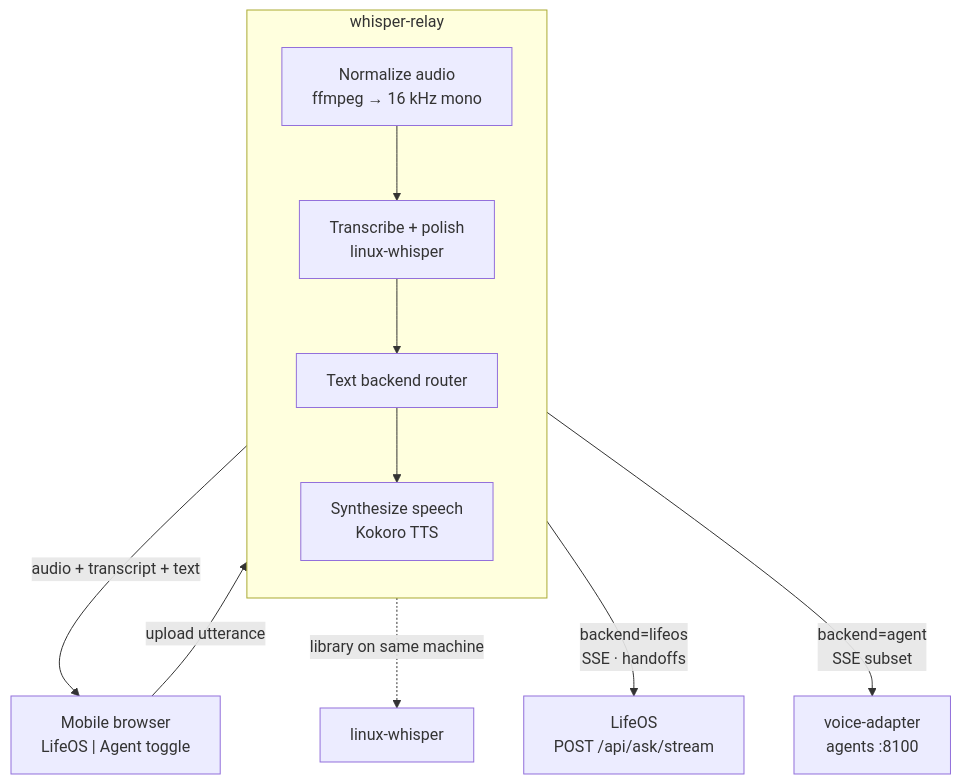
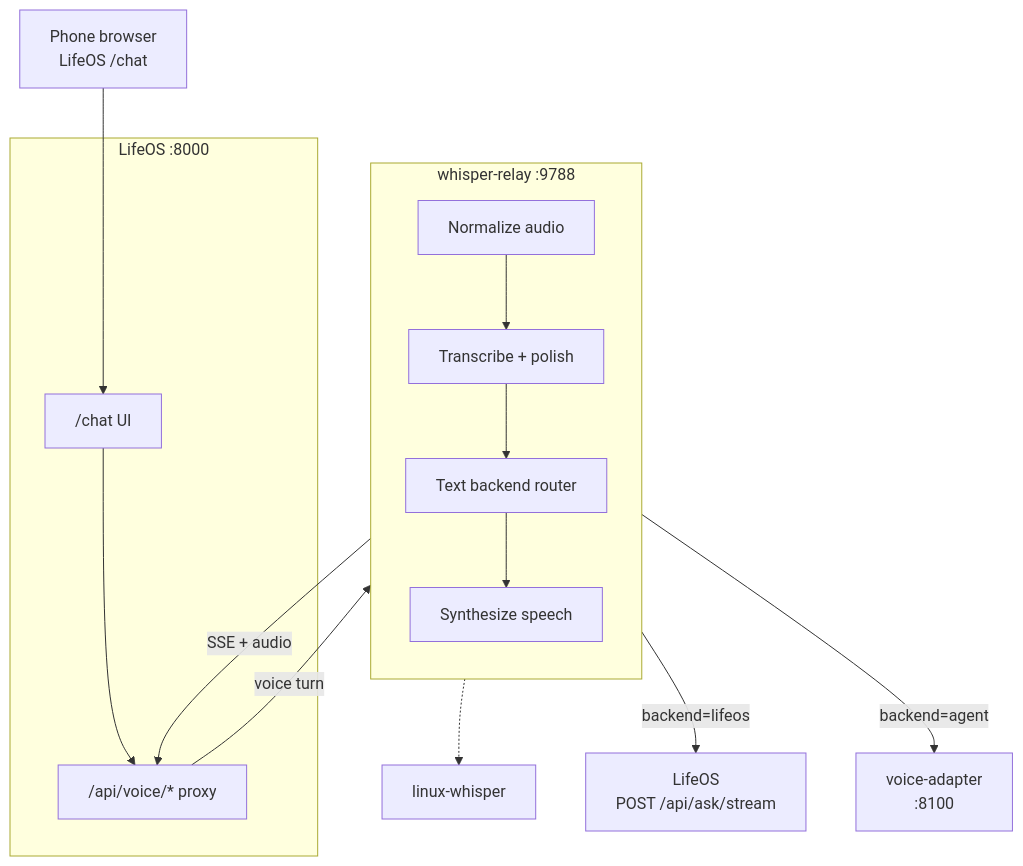
Before and after one commit to nbramia/whisper-relay: the diagram in README.md, drawn with Mermaid. The commit also changed other lines of this file and 21 other files, not shown here.

First line of the commit message:
refactor: static cutover — API-only gateway, redirect to LifeOS /chat

````diff
--- a/README.md
+++ b/README.md
@@ -19,23 +19,30 @@
 ```mermaid
 flowchart TB
-  phone["Mobile browser<br/>LifeOS | Agent toggle"]
+  phone["Phone browser<br/>LifeOS /chat"]
 
-  subgraph relay["whisper-relay"]
+  subgraph lifeos["LifeOS :8000"]
+    chat["/chat UI"]
+    proxy["/api/voice/* proxy"]
+    chat --> proxy
+  end
+
+  subgraph relay["whisper-relay :9788"]
     direction TB
-    norm["Normalize audio<br/>ffmpeg → 16 kHz mono"]
-    stt["Transcribe + polish<br/>linux-whisper"]
+    norm["Normalize audio"]
+    stt["Transcribe + polish"]
     router["Text backend router"]
-    tts["Synthesize speech<br/>Kokoro TTS"]
+    tts["Synthesize speech"]
     norm --> stt --> router --> tts
   end
 
   lw["linux-whisper"]
-  lifeos["LifeOS<br/>POST /api/ask/stream"]
-  agent["voice-adapter<br/>agents :8100"]
+  orch["LifeOS<br/>POST /api/ask/stream"]
+  agent["voice-adapter<br/>:8100"]
 
-  phone -->|"upload utterance"| norm
-  tts -->|"audio + transcript + text"| phone
-  stt -.->|"library on same machine"| lw
-  router -->|"backend=lifeos<br/>SSE · handoffs"| lifeos
-  router -->|"backend=agent<br/>SSE subset"| agent
+  phone --> chat
+  proxy -->|"voice turn"| norm
+  tts -->|"SSE + audio"| proxy
+  stt -.-> lw
+  router -->|"backend=lifeos"| orch
+  router -->|"backend=agent"| agent
 ```
````
